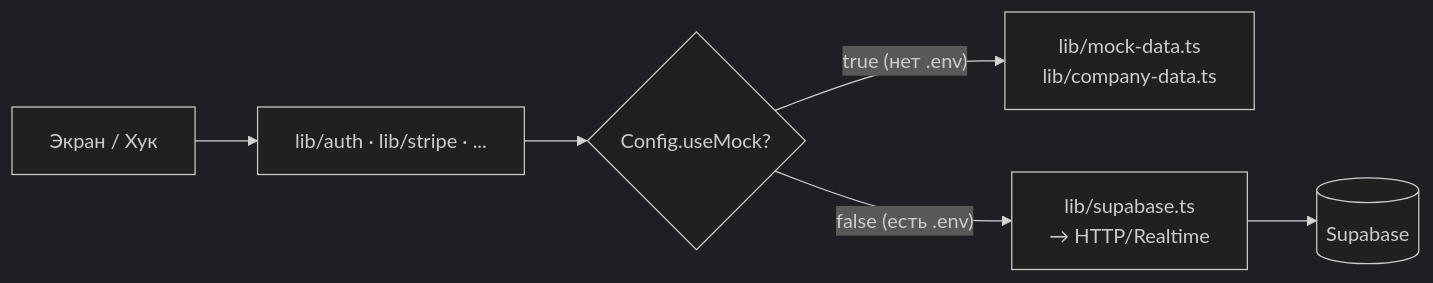
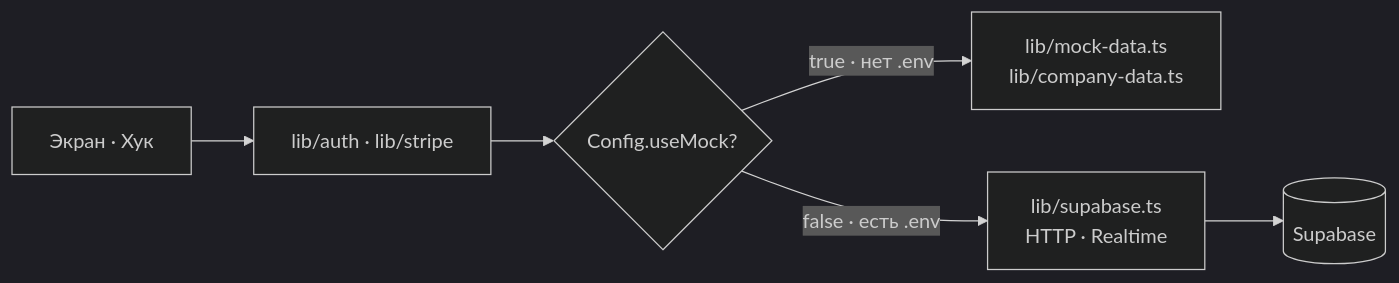
One commit to EvgenySherbakov/CarService1 changed the fourth of 4 diagrams in docs/ARCHITECTURE.md. Above: the diagram before and after it, drawn with Mermaid (dark theme). The commit also changed other lines of this file, not shown here.

First line of the commit message:
fix(docs): make ARCHITECTURE.md Mermaid diagrams render on GitHub

````diff
--- a/docs/ARCHITECTURE.md
+++ b/docs/ARCHITECTURE.md
@@ -234,8 +234,8 @@
 ```mermaid
 graph LR
-    Screen["Экран / Хук"] --> Lib["lib/auth · lib/stripe · ..."]
+    Screen["Экран · Хук"] --> Lib["lib/auth · lib/stripe"]
     Lib --> Config{"Config.useMock?"}
-    Config -->|"true (нет .env)"| MockData["lib/mock-data.ts<br/>lib/company-data.ts"]
-    Config -->|"false (есть .env)"| SupaClient["lib/supabase.ts<br/>→ HTTP/Realtime"]
+    Config -->|"true · нет .env"| MockData["lib/mock-data.ts<br/>lib/company-data.ts"]
+    Config -->|"false · есть .env"| SupaClient["lib/supabase.ts<br/>HTTP · Realtime"]
     SupaClient --> SB[("Supabase")]
 ```
````
